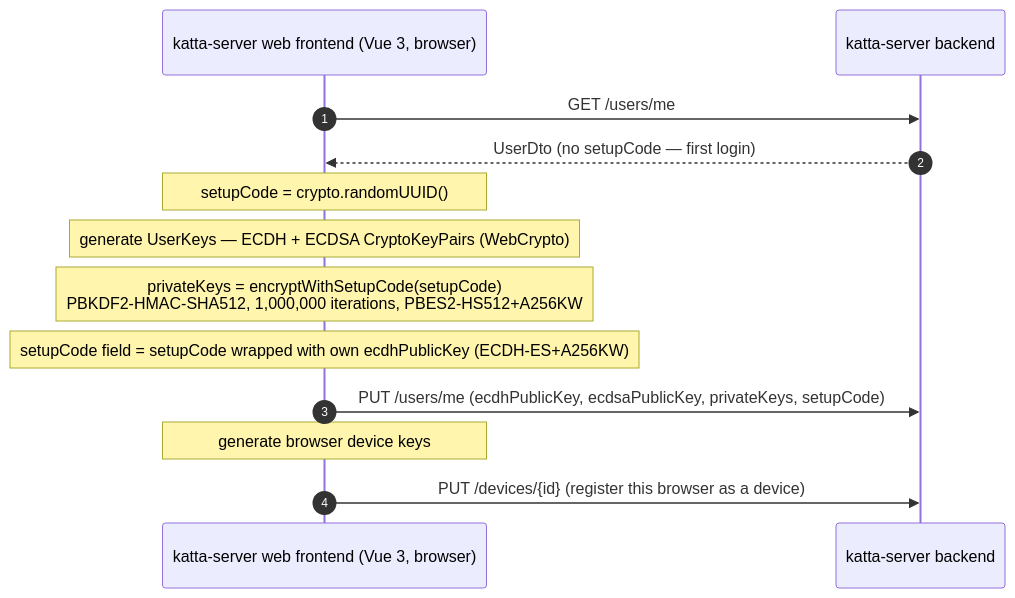
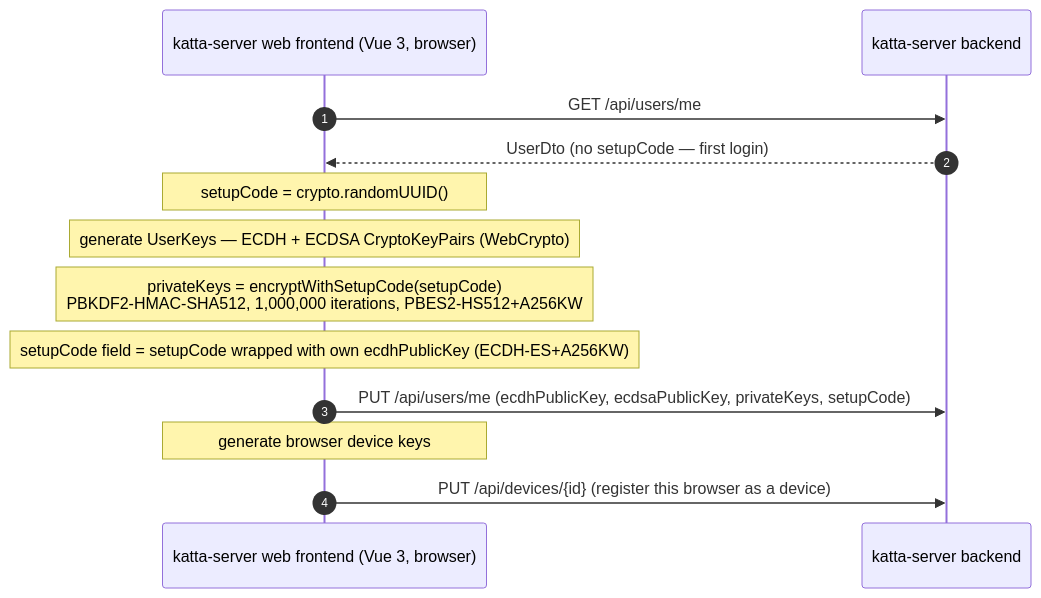
Before and after one commit to shift7-ch/katta-clientlib: the second of 5 diagrams in docs/account_key_interactions.md, drawn with Mermaid. The commit also changed other lines of this file and 3 other files, not shown here.

First line of the commit message:
Normalize all backend endpoint paths to the /api prefix

````diff
--- a/docs/account_key_interactions.md
+++ b/docs/account_key_interactions.md
@@ -89,15 +89,15 @@
 ```mermaid
 sequenceDiagram
     autonumber
     participant Web as katta-server web frontend (Vue 3, browser)
     participant HubBackend as katta-server backend
-    Web ->> HubBackend: GET /users/me
+    Web ->> HubBackend: GET /api/users/me
     HubBackend -->> Web: UserDto (no setupCode — first login)
     Note over Web: setupCode = crypto.randomUUID()
     Note over Web: generate UserKeys — ECDH + ECDSA CryptoKeyPairs (WebCrypto)
     Note over Web: privateKeys = encryptWithSetupCode(setupCode)<br/>PBKDF2-HMAC-SHA512, 1,000,000 iterations, PBES2-HS512+A256KW
     Note over Web: setupCode field = setupCode wrapped with own ecdhPublicKey (ECDH-ES+A256KW)
-    Web ->> HubBackend: PUT /users/me (ecdhPublicKey, ecdsaPublicKey, privateKeys, setupCode)
+    Web ->> HubBackend: PUT /api/users/me (ecdhPublicKey, ecdsaPublicKey, privateKeys, setupCode)
     Note over Web: generate browser device keys
-    Web ->> HubBackend: PUT /devices/{id} (register this browser as a device)
+    Web ->> HubBackend: PUT /api/devices/{id} (register this browser as a device)
 ```
````
